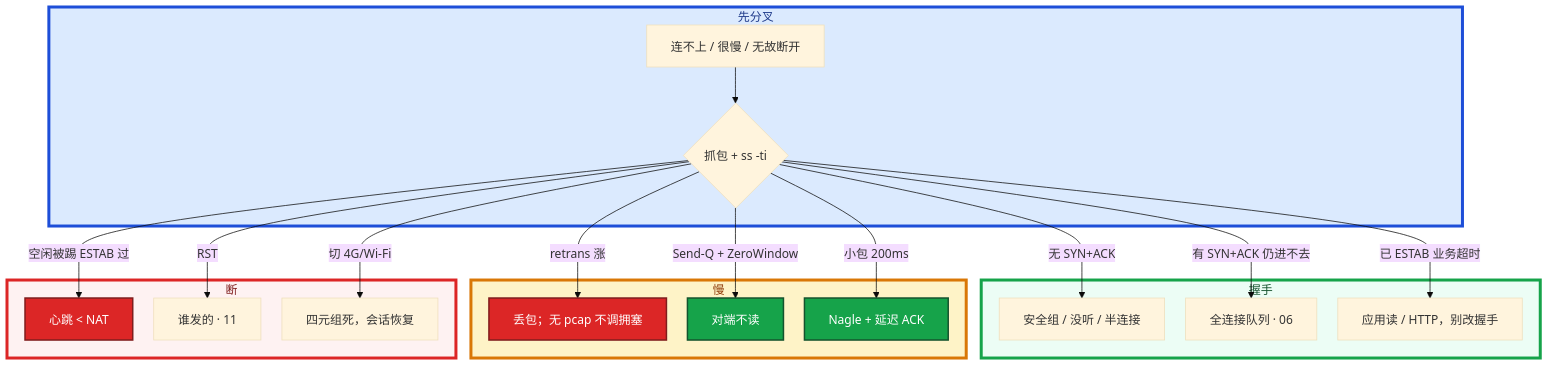
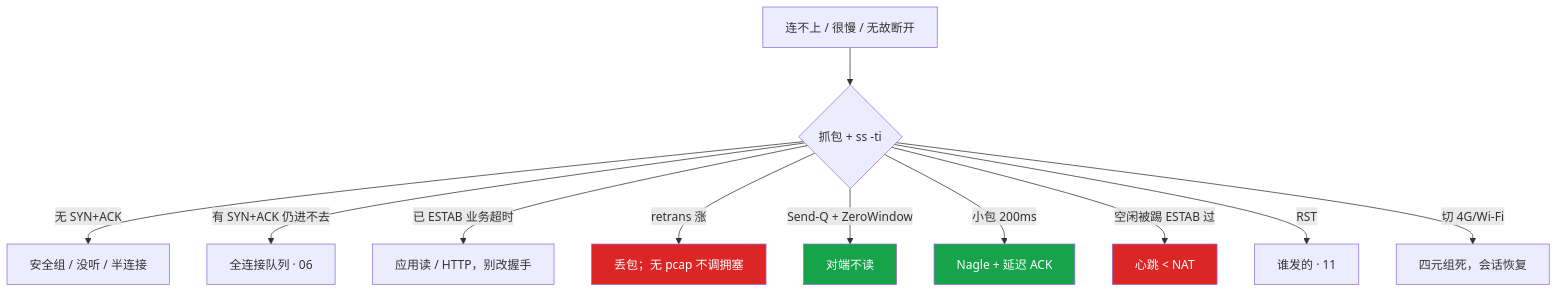
One commit to ml-cuizijun/LearnToLilith changed the eighth of 8 diagrams in 02-基础底座/08-TCP与UDP/知识点.md. Above: the diagram before and after it, drawn with Mermaid. The commit also changed other lines of this file and 213 other files, not shown here.

````diff
--- a/02-基础底座/08-TCP与UDP/知识点.md
+++ b/02-基础底座/08-TCP与UDP/知识点.md
@@ -431,35 +376,18 @@
 ```mermaid
-%%{init: {"flowchart": {"padding": 16, "nodeSpacing": 28, "rankSpacing": 48}, "theme": "base"}}%%
 flowchart TB
-    subgraph gate ["先分叉"]
-        A[连不上 / 很慢 / 无故断开] --> B{抓包 + ss -ti}
-    end
+    A[连不上 / 很慢 / 无故断开] --> B{抓包 + ss -ti}
+    B -->|无 SYN+ACK| C[安全组 / 没听 / 半连接]
+    B -->|有 SYN+ACK 仍进不去| D[全连接队列 · 06]
+    B -->|已 ESTAB 业务超时| E[应用读 / HTTP，别改握手]
+    B -->|retrans 涨| F[丢包；无 pcap 不调拥塞]
+    B -->|Send-Q + ZeroWindow| G[对端不读]
+    B -->|小包 200ms| H[Nagle + 延迟 ACK]
+    B -->|空闲被踢 ESTAB 过| I[心跳 < NAT]
+    B -->|RST| J[谁发的 · 11]
+    B -->|切 4G/Wi-Fi| K[四元组死，会话恢复]
 
-    subgraph hs ["握手"]
-        B -->|无 SYN+ACK| C[安全组 / 没听 / 半连接]
-        B -->|有 SYN+ACK 仍进不去| D[全连接队列 · 06]
-        B -->|已 ESTAB 业务超时| E[应用读 / HTTP，别改握手]
-    end
-
-    subgraph slow ["慢"]
-        B -->|retrans 涨| F[丢包；无 pcap 不调拥塞]
-        B -->|Send-Q + ZeroWindow| G[对端不读]
-        B -->|小包 200ms| H[Nagle + 延迟 ACK]
-    end
-
-    subgraph live ["断"]
-        B -->|空闲被踢 ESTAB 过| I[心跳 < NAT]
-        B -->|RST| J[谁发的 · 11]
-        B -->|切 4G/Wi-Fi| K[四元组死，会话恢复]
-    end
-
-    classDef bad fill:#DC2626,stroke:#7F1D1D,stroke-width:2px,color:#fff
-    classDef ok fill:#16A34A,stroke:#14532D,stroke-width:2px,color:#fff
+    classDef bad fill:#DC2626,color:#fff
+    classDef ok fill:#16A34A,color:#fff
     class I,F bad
     class G,H ok
-
-    style gate fill:#DBEAFE,stroke:#1D4ED8,stroke-width:4px,color:#1E3A8A
-    style hs fill:#ECFDF5,stroke:#16A34A,stroke-width:4px,color:#14532D
-    style slow fill:#FEF3C7,stroke:#D97706,stroke-width:4px,color:#92400E
-    style live fill:#FEF2F2,stroke:#DC2626,stroke-width:4px,color:#7F1D1D
 ```
````
